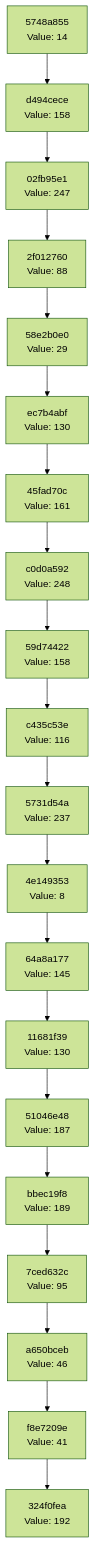
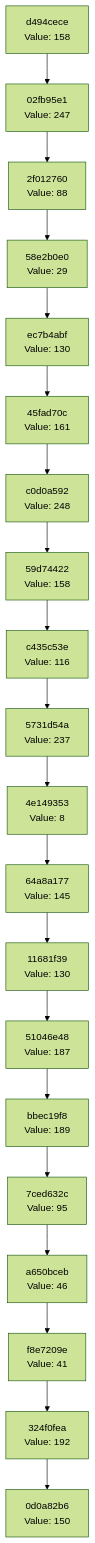
Before and after one commit to Abhisheksinha1506/hash-chain-evolver: the diagram in docs/CHAIN_VISUALIZATION.md, drawn with Mermaid (forest theme). The commit also changed 3 other files, not shown here.

````diff
--- a/docs/CHAIN_VISUALIZATION.md
+++ b/docs/CHAIN_VISUALIZATION.md
@@ -3,42 +3,42 @@
 ```mermaid
 graph TD
-    C0["324f0fea<br/>Value: 192"]
-    C1["f8e7209e<br/>Value: 41"]
+    C0["0d0a82b6<br/>Value: 150"]
+    C1["324f0fea<br/>Value: 192"]
     C1 --> C0
-    C2["a650bceb<br/>Value: 46"]
+    C2["f8e7209e<br/>Value: 41"]
     C2 --> C1
-    C3["7ced632c<br/>Value: 95"]
+    C3["a650bceb<br/>Value: 46"]
     C3 --> C2
-    C4["bbec19f8<br/>Value: 189"]
+    C4["7ced632c<br/>Value: 95"]
     C4 --> C3
-    C5["51046e48<br/>Value: 187"]
+    C5["bbec19f8<br/>Value: 189"]
     C5 --> C4
-    C6["11681f39<br/>Value: 130"]
+    C6["51046e48<br/>Value: 187"]
     C6 --> C5
-    C7["64a8a177<br/>Value: 145"]
+    C7["11681f39<br/>Value: 130"]
     C7 --> C6
-    C8["4e149353<br/>Value: 8"]
+    C8["64a8a177<br/>Value: 145"]
     C8 --> C7
-    C9["5731d54a<br/>Value: 237"]
+    C9["4e149353<br/>Value: 8"]
     C9 --> C8
-    C10["c435c53e<br/>Value: 116"]
+    C10["5731d54a<br/>Value: 237"]
     C10 --> C9
-    C11["59d74422<br/>Value: 158"]
+    C11["c435c53e<br/>Value: 116"]
     C11 --> C10
-    C12["c0d0a592<br/>Value: 248"]
+    C12["59d74422<br/>Value: 158"]
     C12 --> C11
-    C13["45fad70c<br/>Value: 161"]
+    C13["c0d0a592<br/>Value: 248"]
     C13 --> C12
-    C14["ec7b4abf<br/>Value: 130"]
+    C14["45fad70c<br/>Value: 161"]
     C14 --> C13
-    C15["58e2b0e0<br/>Value: 29"]
+    C15["ec7b4abf<br/>Value: 130"]
     C15 --> C14
-    C16["2f012760<br/>Value: 88"]
+    C16["58e2b0e0<br/>Value: 29"]
     C16 --> C15
-    C17["02fb95e1<br/>Value: 247"]
+    C17["2f012760<br/>Value: 88"]
     C17 --> C16
-    C18["d494cece<br/>Value: 158"]
+    C18["02fb95e1<br/>Value: 247"]
     C18 --> C17
-    C19["5748a855<br/>Value: 14"]
+    C19["d494cece<br/>Value: 158"]
     C19 --> C18
 ```
````
